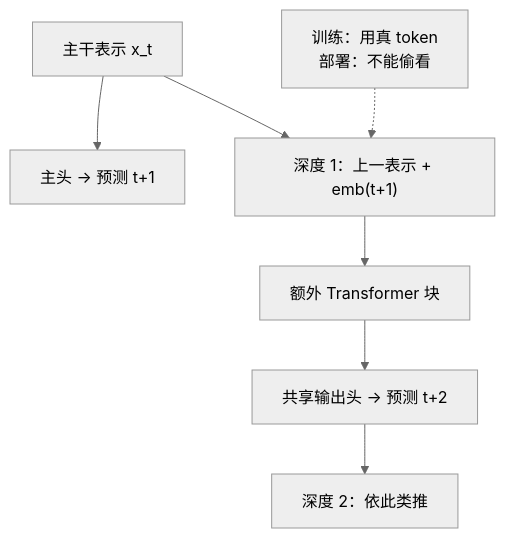
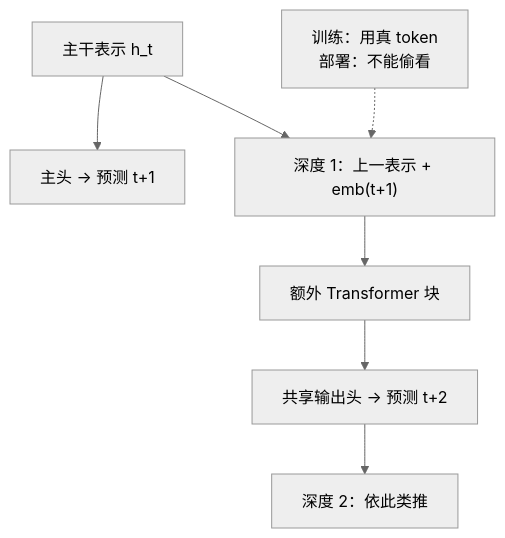
Before and after one commit to cluster1900/zero2llm: the first of 2 diagrams in chapters/09_modern_llms.md, drawn with Mermaid (neutral theme). The commit also changed 7 other files, not shown here.

````diff
--- a/chapters/09_modern_llms.md
+++ b/chapters/09_modern_llms.md
@@ -69,12 +69,12 @@
 ```mermaid
 flowchart TD
     %% id: p26-mtp-depth
     accTitle: 顺序 MTP：每一深度接上上一表示和对应 token 向量
-    accDescr: 主干 x_t 由主头预测 t+1；深度 1 把上一表示与 emb(t+1) 送入额外 Transformer 块，共享输出头预测 t+2；更深依此类推；训练用真 token，部署不能偷看。
-    A["主干表示 x_t"] --> B["主头 → 预测 t+1"]
+    accDescr: 主干 h_t 由主头预测 t+1；深度 1 把上一表示与 emb(t+1) 送入额外 Transformer 块，共享输出头预测 t+2；更深依此类推；训练用真 token，部署不能偷看。
+    A["主干表示 h_t"] --> B["主头 → 预测 t+1"]
     A --> C["深度 1：上一表示 + emb(t+1)"]
     C --> D["额外 Transformer 块"]
     D --> E["共享输出头 → 预测 t+2"]
     E --> F["深度 2：依此类推"]
     G["训练：用真 token<br/>部署：不能偷看"] -.-> C
 ```
````
